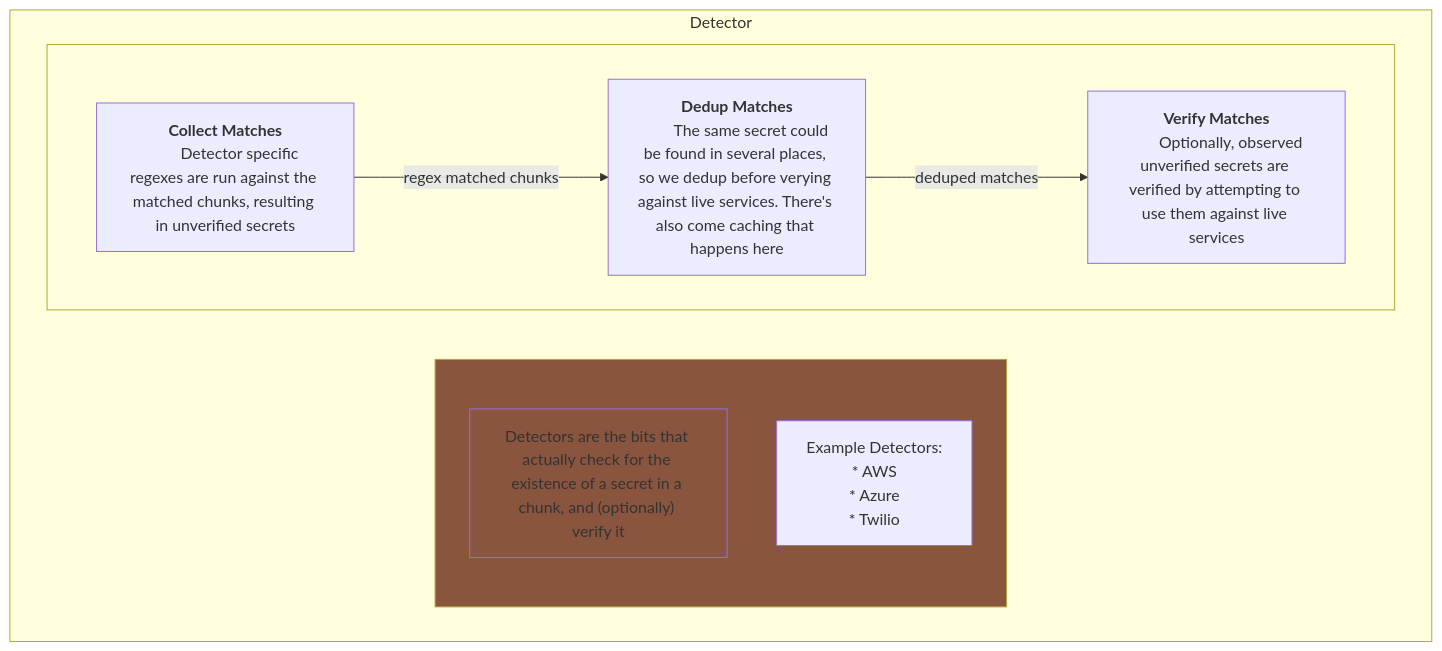
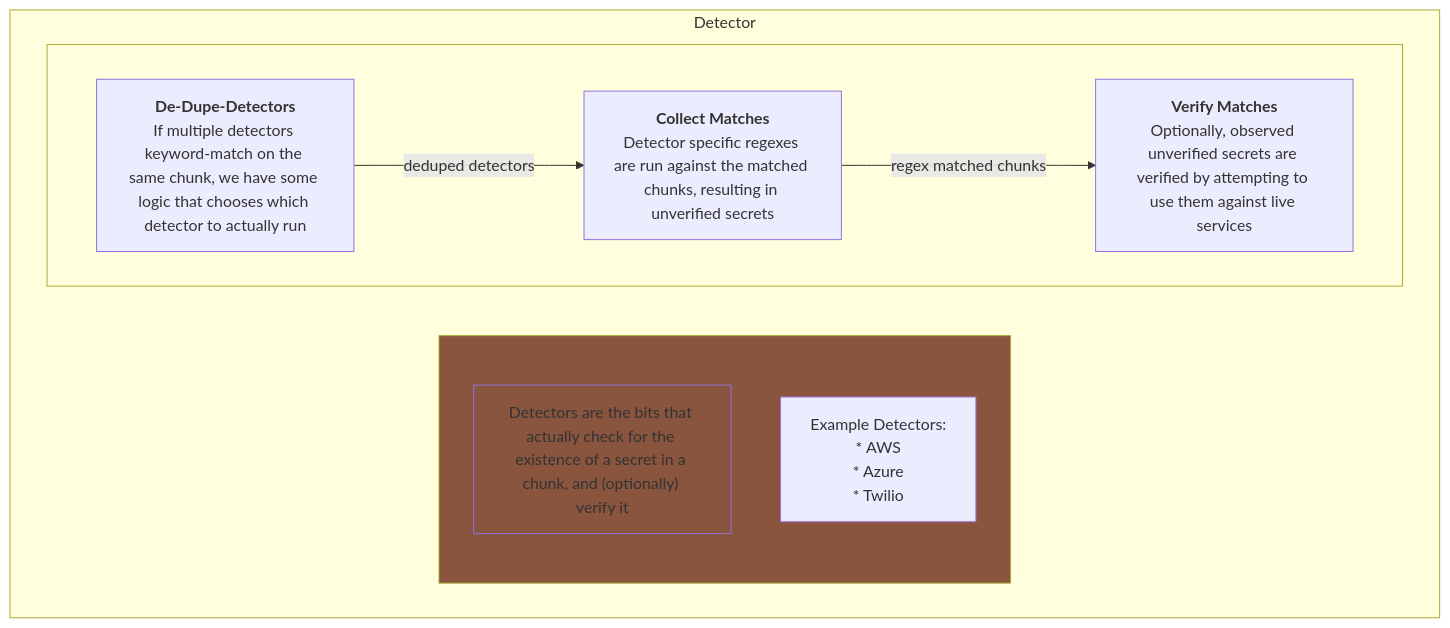
The fourth of 5 diagrams in dataflow.md (martinlocklear/trufflehog), drawn with Mermaid before and after one commit. The commit also changed other lines of this file, not shown here.

````diff
--- a/dataflow.md
+++ b/dataflow.md
@@ -95,34 +92,35 @@
 ```mermaid
 flowchart LR
 
 subgraph Detector
     direction RL
     subgraph DetectorDescription["  "]
         DetectorDescriptionText["`Detectors are the bits that actually check for the existence of a secret in a chunk, and (optionally) verify it`"]
         ExampleDetectors["`Example Detectors:
                     * AWS
                     * Azure
                     * Twilio`"]
     end
     
     subgraph DetectorResponsibility[" "]
         direction LR
+
+        De-Dupe-Detectors["`**De-Dupe-Detectors**
+
+If multiple detectors keyword-match on the same chunk, we have some logic that chooses which detector to actually run`"]
+
+        CollectMatches["`**Collect Matches**
+
+Detector specific regexes are run against the matched chunks, resulting in unverified secrets`"]
+        VerifyMatches["`**Verify Matches**
+
+Optionally, observed unverified secrets are verified by attempting to use them against live services`"]
         
-        CollectMatches["`**Collect Matches**
-        
-        Detector specific regexes are run against the matched chunks, resulting in unverified secrets`"]
-        VerifyMatches["`**Verify Matches**
-        
-        Optionally, observed unverified secrets are verified by attempting to use them against live services`"]
-        DedupMatches["`**Dedup Matches**
-        
-        The same secret could be found in several places, so we dedup before verying against live services. There's also come caching that happens here`"]
-        
-        CollectMatches -- regex matched chunks --> DedupMatches
-        DedupMatches -- deduped matches --> VerifyMatches
+        De-Dupe-Detectors -- deduped detectors --> CollectMatches
+        CollectMatches -- regex matched chunks --> VerifyMatches
     end
     
     style DetectorDescription fill:#89553e
     style DetectorDescriptionText fill:#89553e
 end
 ```
````
